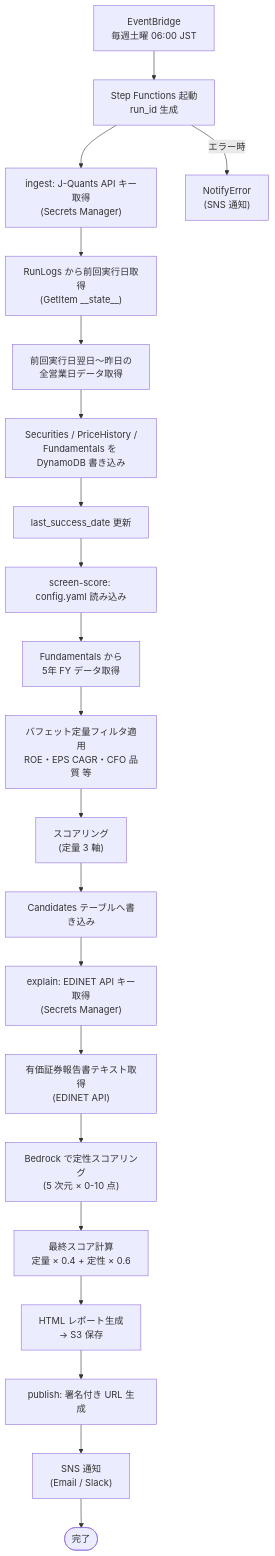
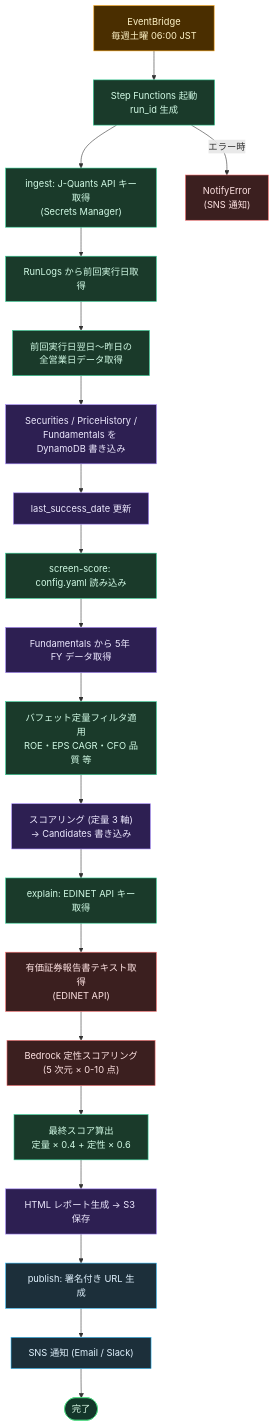
One commit to nabeo-git/investment changed the sixth of 6 diagrams in docs/05_operations_architecture.md. Above: the diagram before and after it, drawn with Mermaid. The commit also changed other lines of this file, not shown here.

First line of the commit message:
docs: Mermaid図にダーク/ライト両対応の色指定を追加

````diff
--- a/docs/05_operations_architecture.md
+++ b/docs/05_operations_architecture.md
@@ -134,29 +205,54 @@
 ```mermaid
 flowchart TD
     EB["EventBridge\n毎週土曜 06:00 JST"]
-    EB --> SFN["Step Functions 起動\nrun_id 生成"]
+    SFN["Step Functions 起動\nrun_id 生成"]
 
-    SFN --> I1["ingest: J-Quants API キー取得\n(Secrets Manager)"]
-    I1 --> I2["RunLogs から前回実行日取得\n(GetItem __state__)"]
-    I2 --> I3["前回実行日翌日〜昨日の\n全営業日データ取得"]
-    I3 --> I4["Securities / PriceHistory /\nFundamentals を DynamoDB 書き込み"]
-    I4 --> I5["last_success_date 更新"]
+    I1["ingest: J-Quants API キー取得\n(Secrets Manager)"]
+    I2["RunLogs から前回実行日取得"]
+    I3["前回実行日翌日〜昨日の\n全営業日データ取得"]
+    I4["Securities / PriceHistory /\nFundamentals を DynamoDB 書き込み"]
+    I5["last_success_date 更新"]
 
-    I5 --> S1["screen-score: config.yaml 読み込み"]
-    S1 --> S2["Fundamentals から\n5年 FY データ取得"]
-    S2 --> S3["バフェット定量フィルタ適用\nROE・EPS CAGR・CFO 品質 等"]
-    S3 --> S4["スコアリング\n(定量 3 軸)"]
-    S4 --> S5["Candidates テーブルへ書き込み"]
+    S1["screen-score: config.yaml 読み込み"]
+    S2["Fundamentals から 5年 FY データ取得"]
+    S3["バフェット定量フィルタ適用\nROE・EPS CAGR・CFO 品質 等"]
+    S4["スコアリング (定量 3 軸)\n→ Candidates 書き込み"]
 
-    S5 --> E1["explain: EDINET API キー取得\n(Secrets Manager)"]
-    E1 --> E2["有価証券報告書テキスト取得\n(EDINET API)"]
-    E2 --> E3["Bedrock で定性スコアリング\n(5 次元 × 0-10 点)"]
-    E3 --> E4["最終スコア計算\n定量 × 0.4 + 定性 × 0.6"]
-    E4 --> E5["HTML レポート生成\n→ S3 保存"]
+    E1["explain: EDINET API キー取得"]
+    E2["有価証券報告書テキスト取得\n(EDINET API)"]
+    E3["Bedrock 定性スコアリング\n(5 次元 × 0-10 点)"]
+    E4["最終スコア算出\n定量 × 0.4 + 定性 × 0.6"]
+    E5["HTML レポート生成 → S3 保存"]
 
-    E5 --> P1["publish: 署名付き URL 生成"]
-    P1 --> P2["SNS 通知\n(Email / Slack)"]
-    P2 --> END([完了])
+    P1["publish: 署名付き URL 生成"]
+    P2["SNS 通知 (Email / Slack)"]
+    END(["完了"])
+    ERR["NotifyError\n(SNS 通知)"]
 
-    SFN -->|エラー時| ERR["NotifyError\n(SNS 通知)"]
+    EB --> SFN --> I1 --> I2 --> I3 --> I4 --> I5
+    I5 --> S1 --> S2 --> S3 --> S4
+    S4 --> E1 --> E2 --> E3 --> E4 --> E5
+    E5 --> P1 --> P2 --> END
+    SFN -->|エラー時| ERR
+
+    style EB fill:#4a2e00,stroke:#f59e0b,color:#fef3c7
+    style SFN fill:#1a3a2a,stroke:#34d399,color:#d1fae5
+    style I1 fill:#1a3a2a,stroke:#34d399,color:#d1fae5
+    style I2 fill:#1a3a2a,stroke:#34d399,color:#d1fae5
+    style I3 fill:#1a3a2a,stroke:#34d399,color:#d1fae5
+    style I4 fill:#2d1f52,stroke:#a78bfa,color:#ede9fe
+    style I5 fill:#2d1f52,stroke:#a78bfa,color:#ede9fe
+    style S1 fill:#1a3a2a,stroke:#34d399,color:#d1fae5
+    style S2 fill:#2d1f52,stroke:#a78bfa,color:#ede9fe
+    style S3 fill:#1a3a2a,stroke:#34d399,color:#d1fae5
+    style S4 fill:#2d1f52,stroke:#a78bfa,color:#ede9fe
+    style E1 fill:#1a3a2a,stroke:#34d399,color:#d1fae5
+    style E2 fill:#3b1f1f,stroke:#f87171,color:#fee2e2
+    style E3 fill:#3b1f1f,stroke:#f87171,color:#fee2e2
+    style E4 fill:#1a3a2a,stroke:#34d399,color:#d1fae5
+    style E5 fill:#2d1f52,stroke:#a78bfa,color:#ede9fe
+    style P1 fill:#1c2f3a,stroke:#38bdf8,color:#e0f2fe
+    style P2 fill:#1c2f3a,stroke:#38bdf8,color:#e0f2fe
+    style END fill:#14362a,stroke:#4ade80,color:#dcfce7
+    style ERR fill:#3b1f1f,stroke:#f87171,color:#fee2e2
 ```
````
